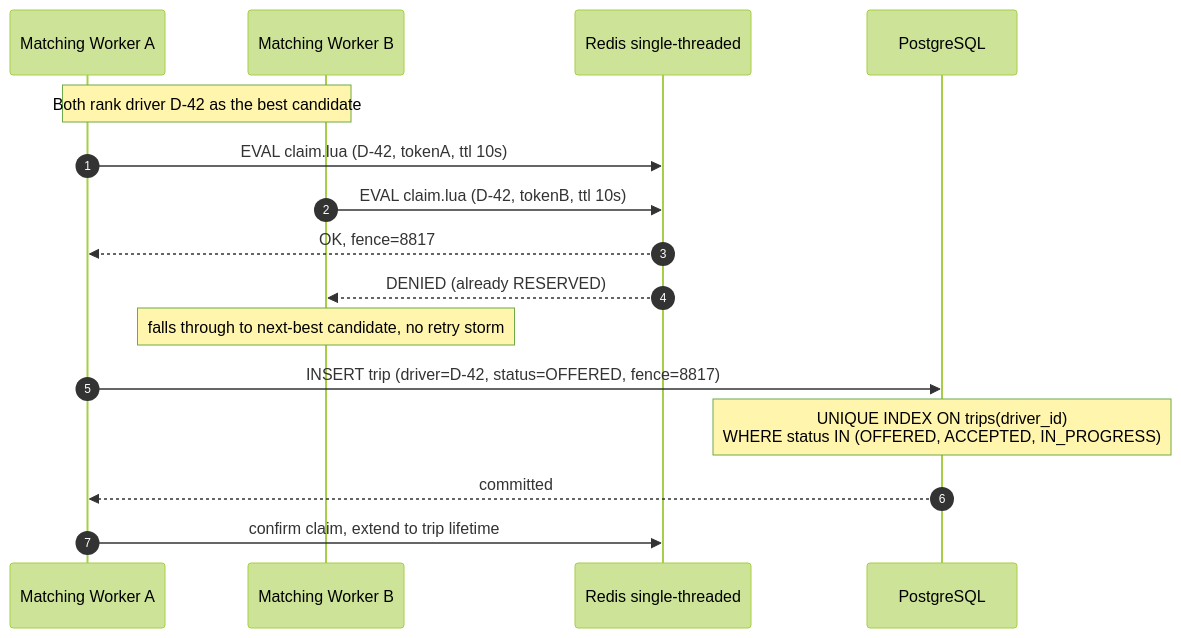
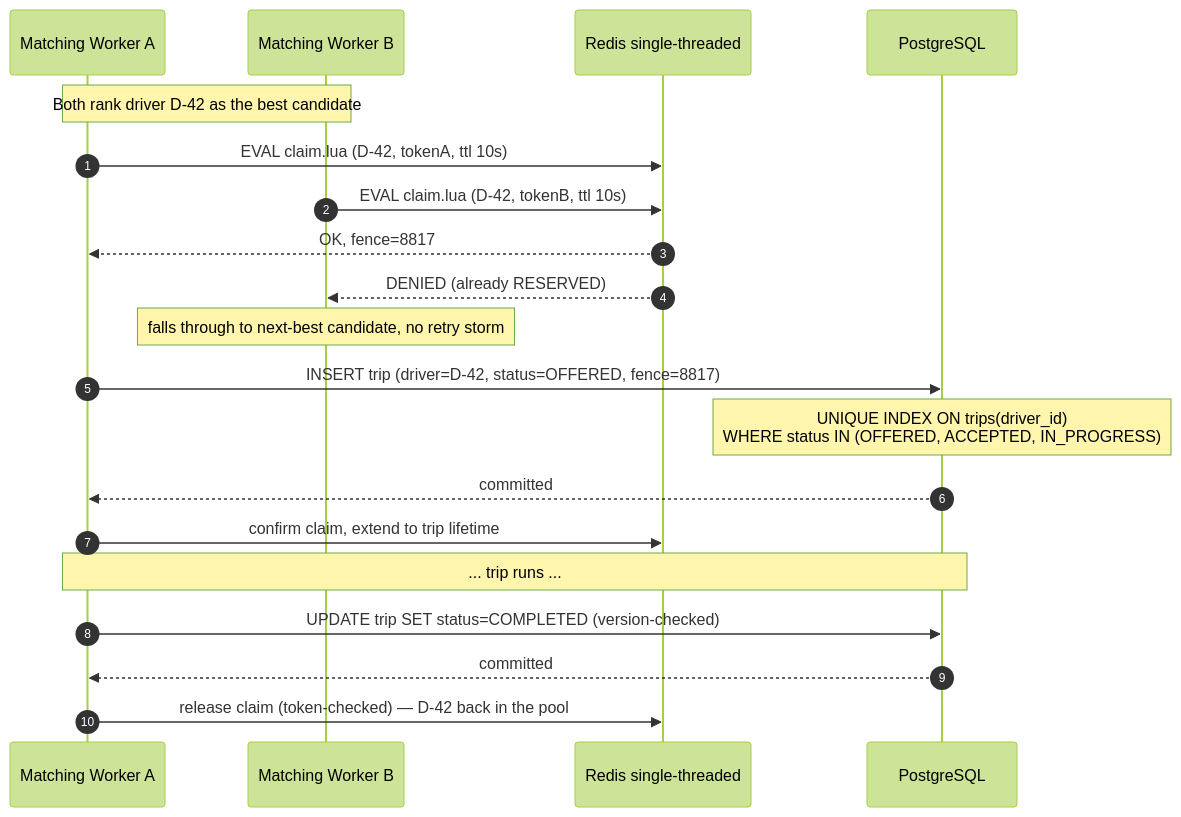
One commit to AdelShalan/Real-Time-Ride-Matching-Engine changed the third of 4 diagrams in README.md. Above: the diagram before and after it, drawn with Mermaid (forest theme). The commit also changed other lines of this file and 33 other files, not shown here.

Commit message:
Add the trip lifecycle endpoints and release drivers when a trip ends

````diff
--- a/README.md
+++ b/README.md
@@ -131,20 +131,25 @@
 ```mermaid
 sequenceDiagram
     autonumber
     participant W1 as Matching Worker A
     participant W2 as Matching Worker B
     participant R as Redis single-threaded
     participant PG as PostgreSQL
 
     Note over W1,W2: Both rank driver D-42 as the best candidate
     W1->>R: EVAL claim.lua (D-42, tokenA, ttl 10s)
     W2->>R: EVAL claim.lua (D-42, tokenB, ttl 10s)
     R-->>W1: OK, fence=8817
     R-->>W2: DENIED (already RESERVED)
     Note over W2: falls through to next-best candidate, no retry storm
 
     W1->>PG: INSERT trip (driver=D-42, status=OFFERED, fence=8817)
     Note over PG: UNIQUE INDEX ON trips(driver_id)<br/>WHERE status IN (OFFERED, ACCEPTED, IN_PROGRESS)
     PG-->>W1: committed
     W1->>R: confirm claim, extend to trip lifetime
+
+    Note over W1,PG: ... trip runs ...
+    W1->>PG: UPDATE trip SET status=COMPLETED (version-checked)
+    PG-->>W1: committed
+    W1->>R: release claim (token-checked) — D-42 back in the pool
 ```
````
